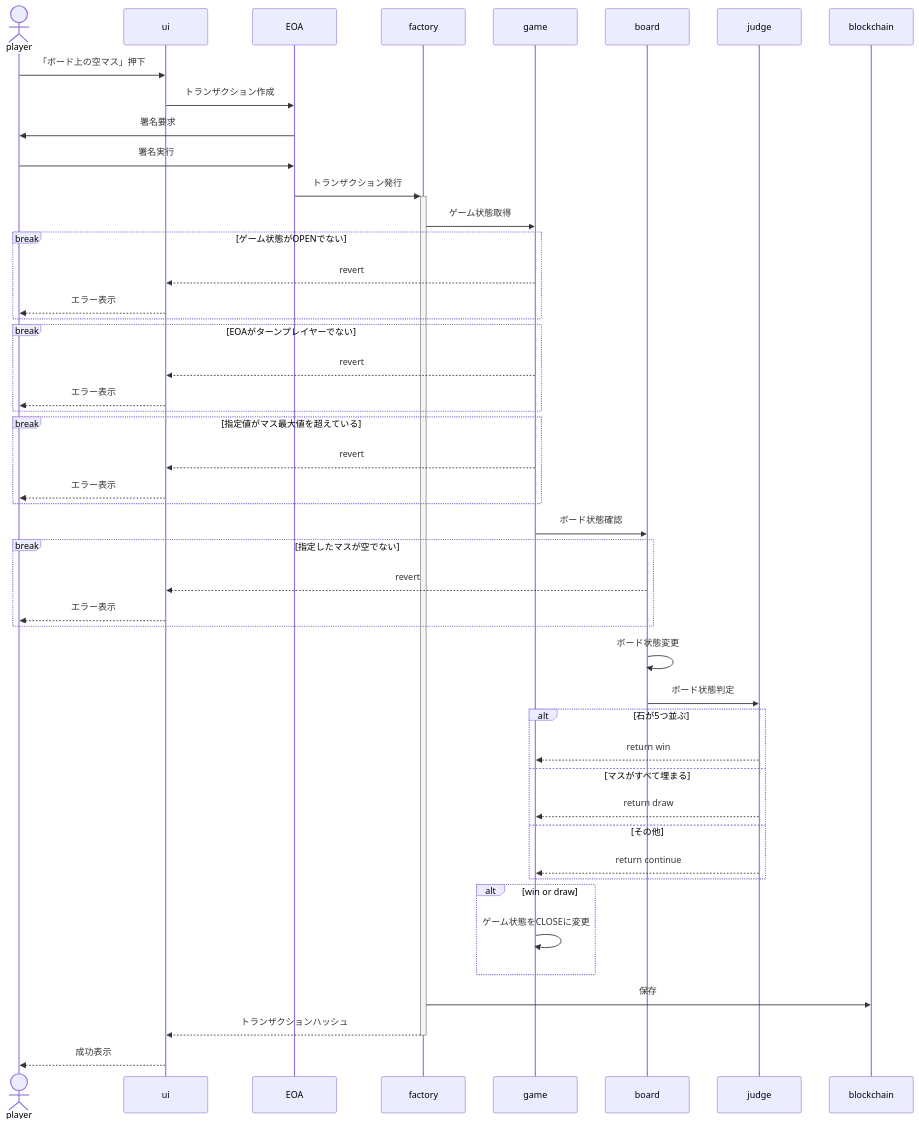
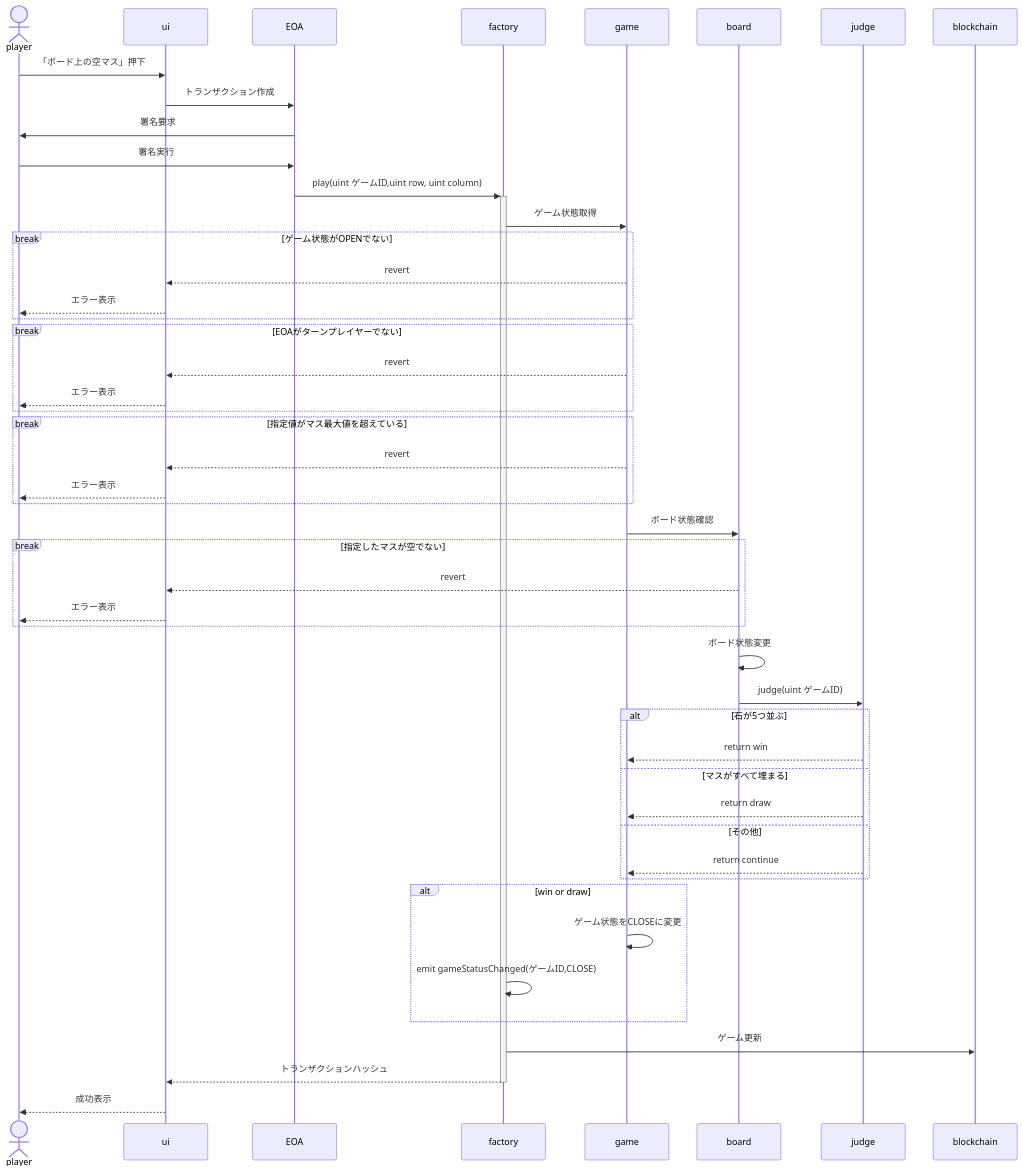
The third of 3 diagrams in doc/sequence.md (0xHaku/preprod-gomoku), drawn with Mermaid before and after one commit. The commit also changed other lines of this file and 2 other files, not shown here.

````diff
--- a/doc/sequence.md
+++ b/doc/sequence.md
@@ -53,50 +59,51 @@
 ```mermaid
 sequenceDiagram
     actor player
     participant ui
     participant EOA
     participant factory
     participant game
     participant board
     participant judge
     participant blockchain
 
     player->>ui: 「ボード上の空マス」押下
     ui->>EOA: トランザクション作成
     EOA->>player: 署名要求
     player->>EOA: 署名実行
-    EOA->>+factory: トランザクション発行
+    EOA->>+factory: play(uint ゲームID,uint row, uint column)
     factory->>game: ゲーム状態取得
     break ゲーム状態がOPENでない
         game-->>ui: revert
         ui-->>player: エラー表示
     end
     break EOAがターンプレイヤーでない
         game-->>ui: revert
         ui-->>player: エラー表示
     end
     break 指定値がマス最大値を超えている
         game-->>ui: revert
         ui-->>player: エラー表示
     end
     game->>board: ボード状態確認
     break 指定したマスが空でない
         board-->>ui: revert
         ui-->>player: エラー表示
     end
     board->>board: ボード状態変更
-    board->>judge: ボード状態判定
+    board->>judge: judge(uint ゲームID)
     alt 石が5つ並ぶ
         judge-->>game: return win
     else マスがすべて埋まる
         judge-->>game: return draw
     else その他
         judge-->>game: return continue
     end
     alt win or draw
         game->>game: ゲーム状態をCLOSEに変更
+        factory->>factory: emit gameStatusChanged(ゲームID,CLOSE)
     end
-    factory->>blockchain: 保存
+    factory->>blockchain: ゲーム更新
     factory-->>-ui: トランザクションハッシュ
     ui-->>player: 成功表示
 ```
````
